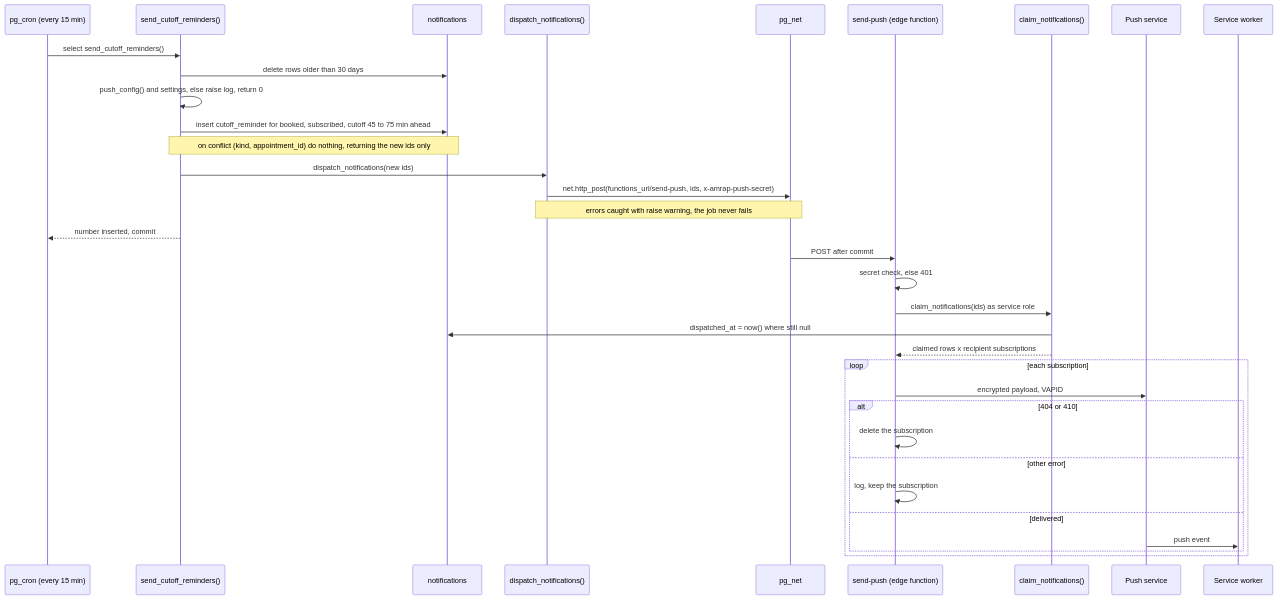
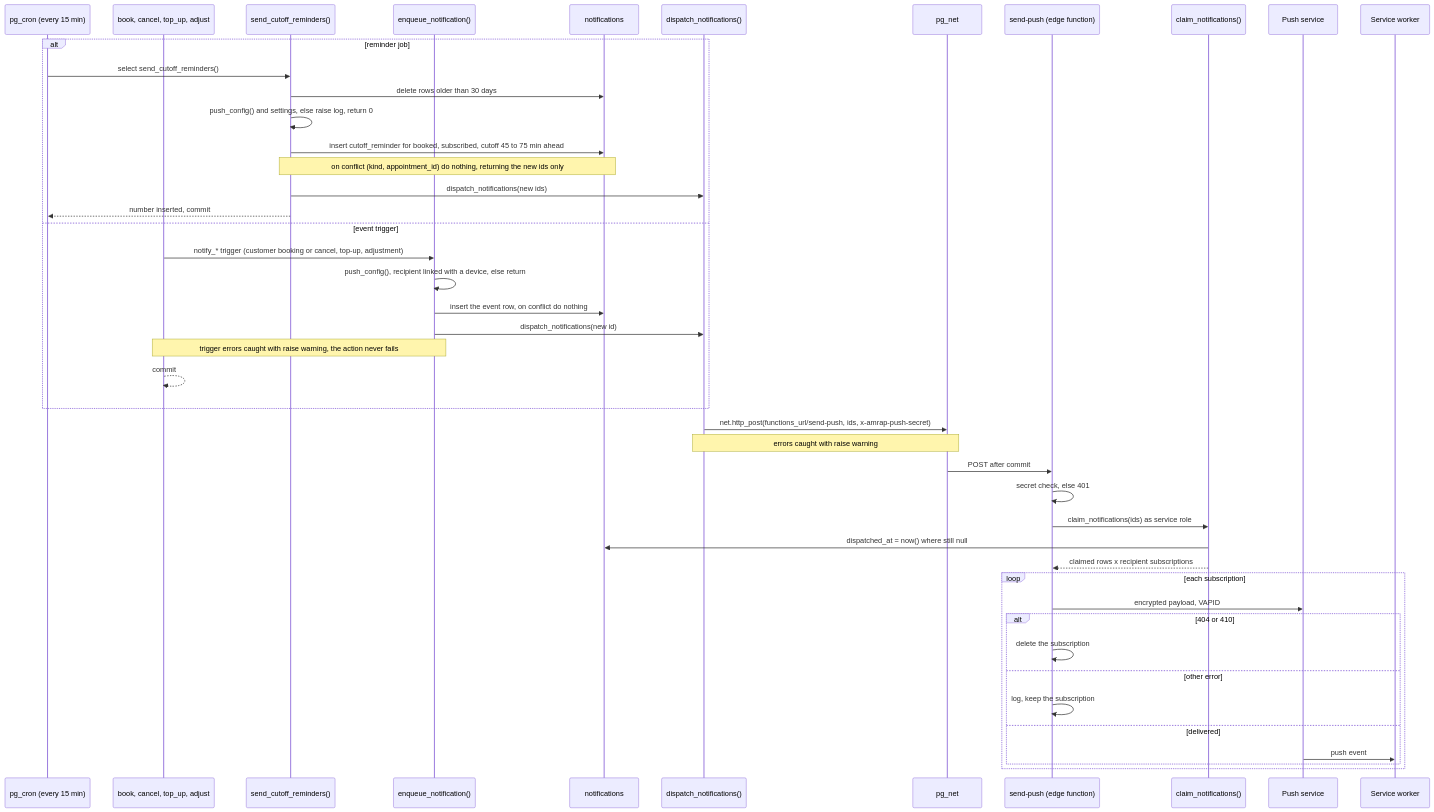
One commit to JasaGlazar/amrap changed the diagram in docs/architecture/push-sequence.md. Above: the diagram before and after it, drawn with Mermaid. The commit also changed other lines of this file and 10 other files, not shown here.

First line of the commit message:
feat(db): notify the trainer of customer bookings and cancels, customers of credits

````diff
--- a/docs/architecture/push-sequence.md
+++ b/docs/architecture/push-sequence.md
@@ -13,37 +14,48 @@
 ```mermaid
 sequenceDiagram
     participant Cron as pg_cron (every 15 min)
+    participant T as book, cancel, top_up, adjust
     participant J as send_cutoff_reminders()
+    participant E as enqueue_notification()
     participant N as notifications
     participant D as dispatch_notifications()
     participant Net as pg_net
     participant F as send-push (edge function)
     participant C as claim_notifications()
     participant P as Push service
     participant SW as Service worker
 
-    Cron->>J: select send_cutoff_reminders()
-    J->>N: delete rows older than 30 days
-    J->>J: push_config() and settings, else raise log, return 0
-    J->>N: insert cutoff_reminder for booked, subscribed, cutoff 45 to 75 min ahead
-    Note over J,N: on conflict (kind, appointment_id) do nothing, returning the new ids only
-    J->>D: dispatch_notifications(new ids)
+    alt reminder job
+        Cron->>J: select send_cutoff_reminders()
+        J->>N: delete rows older than 30 days
+        J->>J: push_config() and settings, else raise log, return 0
+        J->>N: insert cutoff_reminder for booked, subscribed, cutoff 45 to 75 min ahead
+        Note over J,N: on conflict (kind, appointment_id) do nothing, returning the new ids only
+        J->>D: dispatch_notifications(new ids)
+        J-->>Cron: number inserted, commit
+    else event trigger
+        T->>E: notify_* trigger (customer booking or cancel, top-up, adjustment)
+        E->>E: push_config(), recipient linked with a device, else return
+        E->>N: insert the event row, on conflict do nothing
+        E->>D: dispatch_notifications(new id)
+        Note over T,E: trigger errors caught with raise warning, the action never fails
+        T-->>T: commit
+    end
     D->>Net: net.http_post(functions_url/send-push, ids, x-amrap-push-secret)
-    Note over D,Net: errors caught with raise warning, the job never fails
-    J-->>Cron: number inserted, commit
+    Note over D,Net: errors caught with raise warning
     Net->>F: POST after commit
     F->>F: secret check, else 401
     F->>C: claim_notifications(ids) as service role
     C->>N: dispatched_at = now() where still null
     C-->>F: claimed rows x recipient subscriptions
     loop each subscription
         F->>P: encrypted payload, VAPID
         alt 404 or 410
             F->>F: delete the subscription
         else other error
             F->>F: log, keep the subscription
         else delivered
             P->>SW: push event
         end
     end
 ```
````
